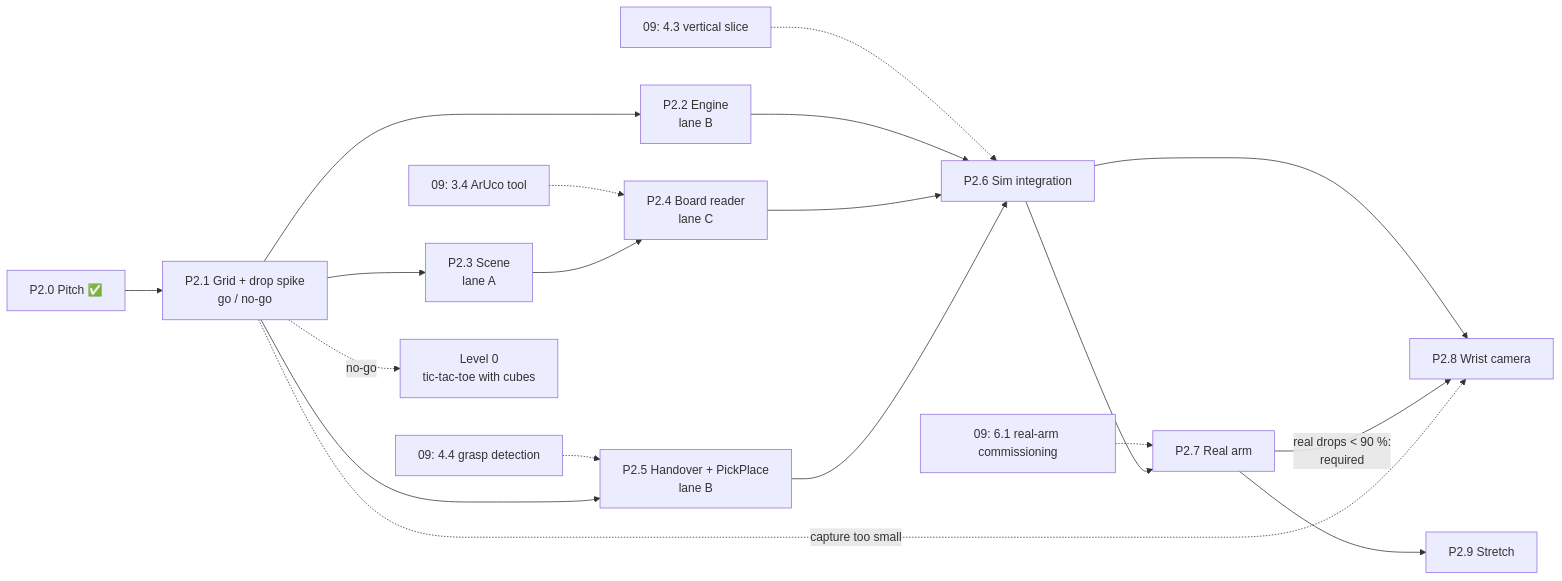
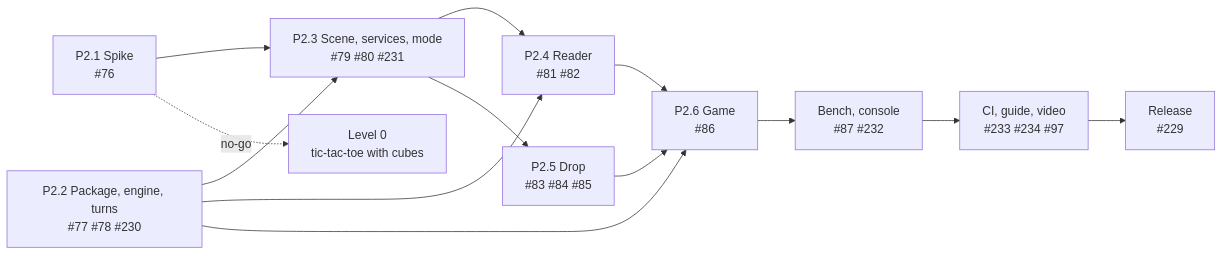
Before and after one commit to FoxaxeWasTaken/Robotics: the diagram in docs/project/phase2/P2-04_roadmap.md, drawn with Mermaid. The commit also changed other lines of this file and 61 other files, not shown here.

First line of the commit message:
docs(phase2): scope v2.0.0 to the sim game, with a dated plan (#235)

````diff
--- a/docs/project/phase2/P2-04_roadmap.md
+++ b/docs/project/phase2/P2-04_roadmap.md
@@ -24,21 +26,15 @@
 ```mermaid
 flowchart LR
-  P11["09: 4.4 grasp detection"] -.-> S5
-  P12["09: 3.4 ArUco tool"] -.-> S4
-  P13["09: 4.3 vertical slice"] -.-> S6
-  P14["09: 6.1 real-arm commissioning"] -.-> S7
-  S0["P2.0 Pitch ✅"] --> S1["P2.1 Grid + drop spike<br/>go / no-go"]
-  S1 --> S2["P2.2 Engine<br/>lane B"]
-  S1 --> S3["P2.3 Scene<br/>lane A"]
-  S1 --> S5["P2.5 Handover + PickPlace<br/>lane B"]
-  S3 --> S4["P2.4 Board reader<br/>lane C"]
-  S2 --> S6["P2.6 Sim integration"]
+  S1["P2.1 Spike<br/>#76"] --> S3["P2.3 Scene, services, mode<br/>#79 #80 #231"]
+  S2["P2.2 Package, engine, turns<br/>#77 #78 #230"] --> S3
+  S3 --> S4["P2.4 Reader<br/>#81 #82"]
+  S2 --> S4
+  S3 --> S5["P2.5 Drop<br/>#83 #84 #85"]
+  S2 --> S6["P2.6 Game<br/>#86"]
   S4 --> S6
   S5 --> S6
-  S6 --> S7["P2.7 Real arm"]
-  S6 --> S8["P2.8 Wrist camera"]
-  S7 -- "real drops < 90 %:<br/>required" --> S8
-  S7 --> S9["P2.9 Stretch"]
-  S1 -. "capture too small" .-> S8
+  S6 --> B["Bench, console<br/>#87 #232"]
+  B --> C["CI, guide, video<br/>#233 #234 #97"]
+  C --> R["Release<br/>#229"]
   S1 -. "no-go" .-> F["Level 0<br/>tic-tac-toe with cubes"]
 ```
````
